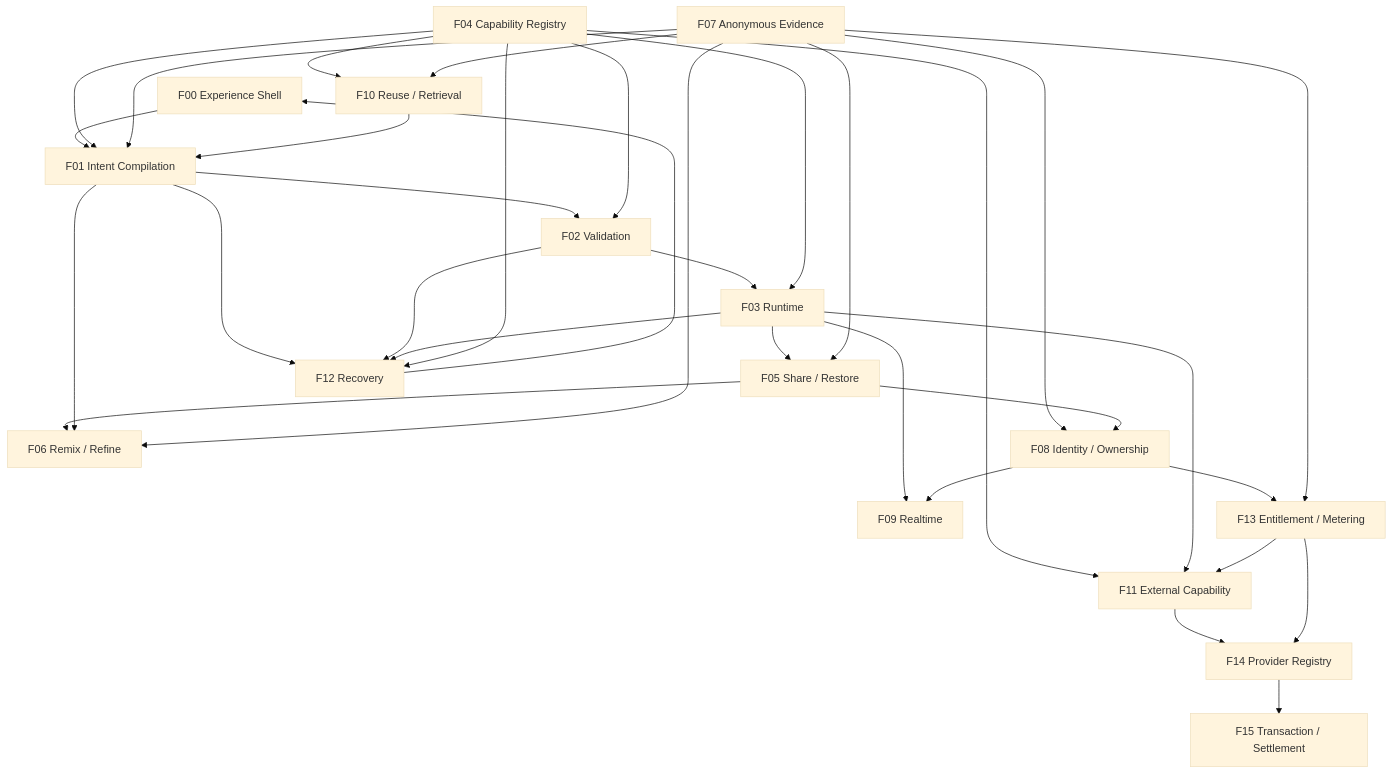
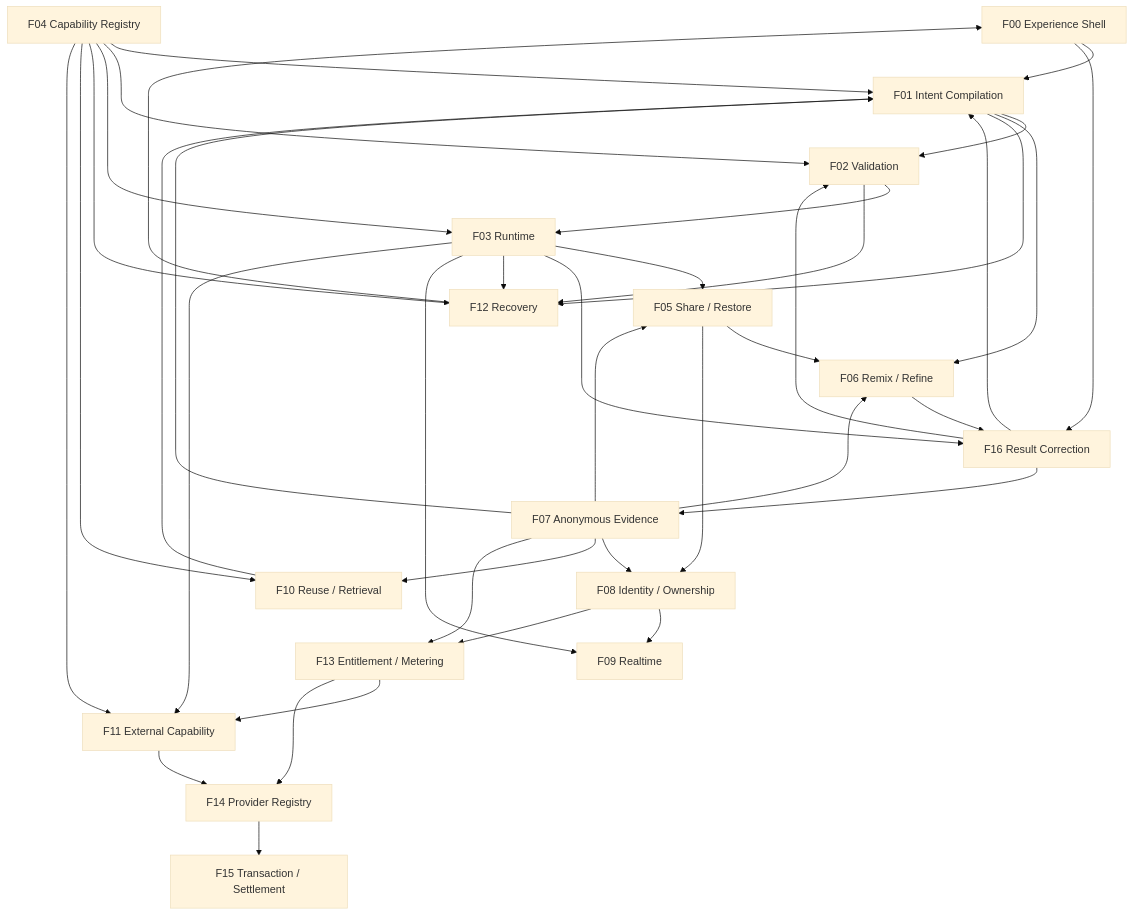
The diagram in working/APP-DETAILED-DESIGN.md (NFF98/NodeFF), drawn with Mermaid (base theme) before and after one commit. The commit also changed other lines of this file, not shown here.

Commit message:
docs: add result feedback and logic correction function design

```diff
--- a/working/APP-DETAILED-DESIGN.md
+++ b/working/APP-DETAILED-DESIGN.md
@@ -75,63 +76,71 @@
 ~~~mermaid
 flowchart TD
     F00[F00 Experience Shell]
     F01[F01 Intent Compilation]
     F02[F02 Validation]
     F03[F03 Runtime]
     F04[F04 Capability Registry]
     F05[F05 Share / Restore]
     F06[F06 Remix / Refine]
     F07[F07 Anonymous Evidence]
     F12[F12 Recovery]
+    F16[F16 Result Correction]
 
     F08[F08 Identity / Ownership]
     F09[F09 Realtime]
     F10[F10 Reuse / Retrieval]
     F13[F13 Entitlement / Metering]
 
     F11[F11 External Capability]
     F14[F14 Provider Registry]
     F15[F15 Transaction / Settlement]
 
     F00 --> F01
     F04 --> F01
     F01 --> F02
     F04 --> F02
     F02 --> F03
     F04 --> F03
 
     F03 --> F05
     F05 --> F06
     F01 --> F06
 
     F07 --> F01
     F07 --> F05
     F07 --> F06
+
+    F00 --> F16
+    F03 --> F16
+    F06 --> F16
+    F16 --> F01
+    F16 --> F02
+    F16 --> F07
 
     F12 --> F00
     F01 --> F12
     F02 --> F12
     F03 --> F12
     F04 --> F12
 
     F07 --> F08
     F05 --> F08
 
     F04 --> F10
     F07 --> F10
     F10 --> F01
 
     F03 --> F09
     F08 --> F09
 
     F04 --> F11
     F03 --> F11
     F13 --> F11
 
     F08 --> F13
     F07 --> F13
 
     F11 --> F14
     F13 --> F14
     F14 --> F15
 ~~~
```
